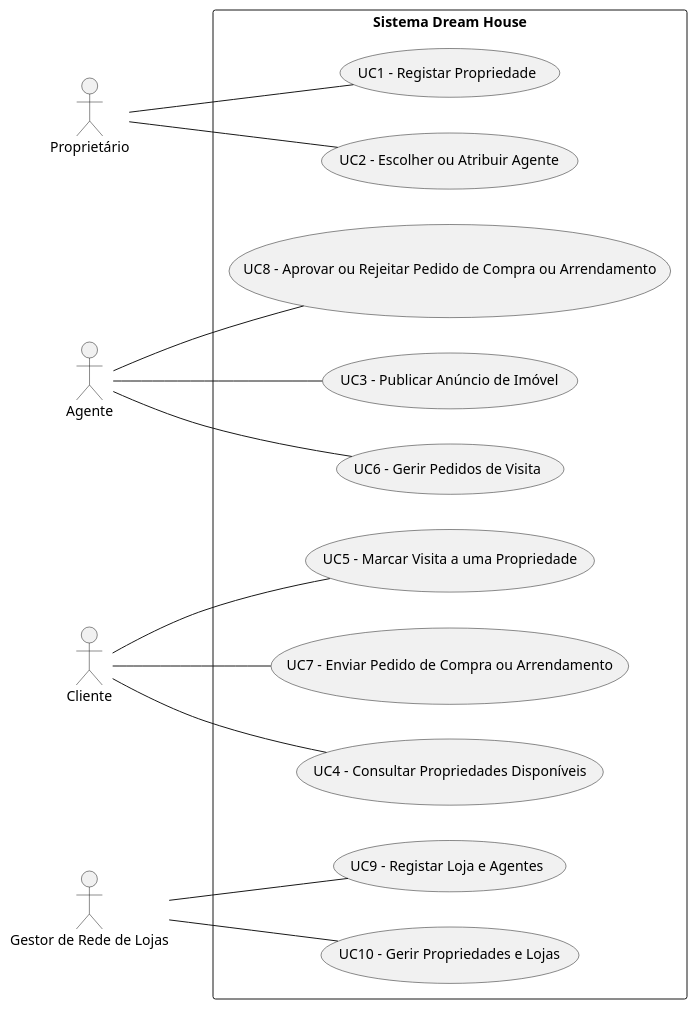
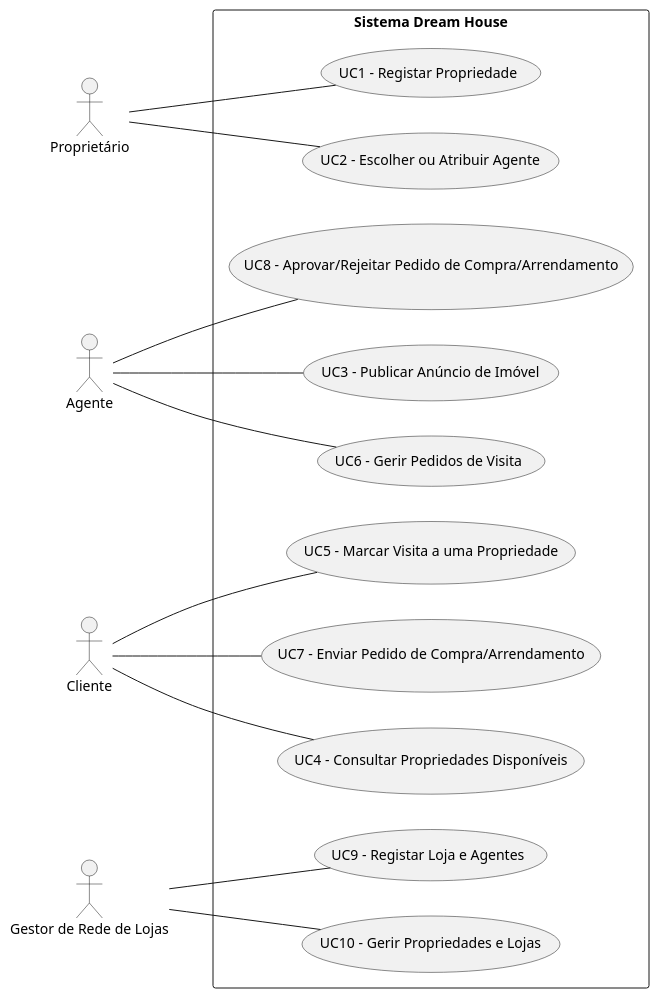
The diagram in docs/Sprint1/Global_Artifacts/UCD.puml (goncalomaia18/leti-esoft-24-25-A2), drawn with PlantUML before and after one commit. The commit also changed 2 other files, not shown here.

```diff
--- a/docs/Sprint1/Global_Artifacts/UCD.puml
+++ b/docs/Sprint1/Global_Artifacts/UCD.puml
@@ -1,35 +1,35 @@
 @startuml
 left to right direction
 
 actor "Proprietário" as owner
 actor "Agente" as agent
 actor "Cliente" as client
 actor "Gestor de Rede de Lojas" as manager
 
 rectangle "Sistema Dream House" {
 
     usecase "UC1 - Registar Propriedade" as UC1
     usecase "UC2 - Escolher ou Atribuir Agente" as UC2
     usecase "UC3 - Publicar Anúncio de Imóvel" as UC3
     usecase "UC4 - Consultar Propriedades Disponíveis" as UC4
     usecase "UC5 - Marcar Visita a uma Propriedade" as UC5
     usecase "UC6 - Gerir Pedidos de Visita" as UC6
-    usecase "UC7 - Enviar Pedido de Compra ou Arrendamento" as UC7
-    usecase "UC8 - Aprovar ou Rejeitar Pedido de Compra ou Arrendamento" as UC8
+    usecase "UC7 - Enviar Pedido de Compra/Arrendamento" as UC7
+    usecase "UC8 - Aprovar/Rejeitar Pedido de Compra/Arrendamento" as UC8
     usecase "UC9 - Registar Loja e Agentes" as UC9
     usecase "UC10 - Gerir Propriedades e Lojas" as UC10
 }
 
 ' Relacionamentos dos atores com os casos de uso
 owner -- UC1
 owner -- UC2
 agent -- UC3
 client -- UC4
 client -- UC5
 agent -- UC6
 client -- UC7
 agent -- UC8
 manager -- UC9
 manager -- UC10
 
 @enduml
```
